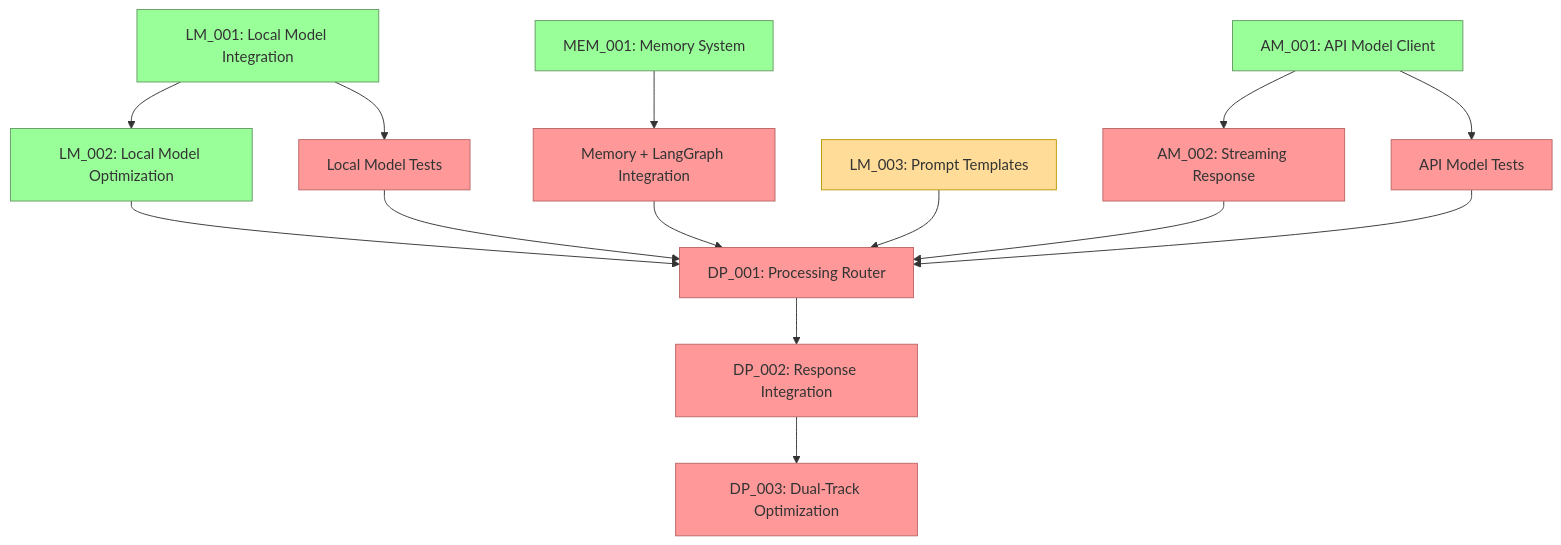
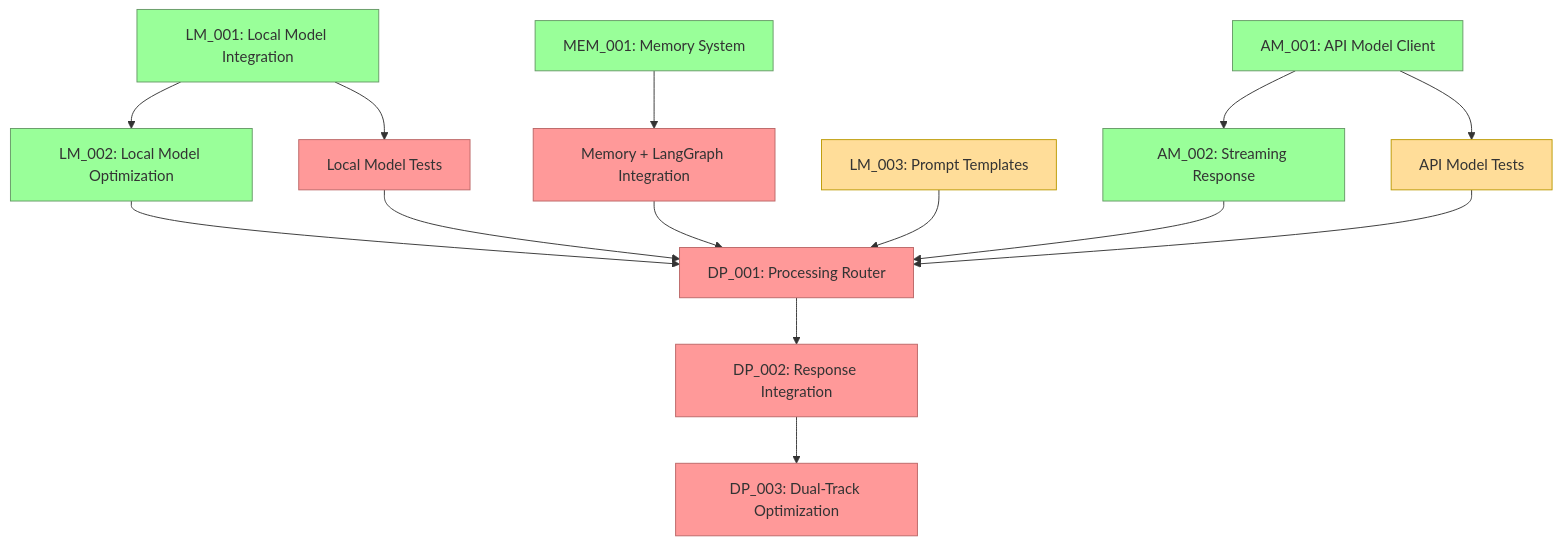
One commit to vigil-313/VANTA-ALPHA changed the diagram in SESSION_STATE.md. Above: the diagram before and after it, drawn with Mermaid. The commit also changed other lines of this file and 13 other files, not shown here.

````diff
--- a/SESSION_STATE.md
+++ b/SESSION_STATE.md
@@ -230,33 +252,33 @@
 ```mermaid
 graph TD
     %% Core Components with Status
     LM001[LM_001: Local Model Integration] --> LM002[LM_002: Local Model Optimization]
     LM002 --> DP001[DP_001: Processing Router]
     
     AM001[AM_001: API Model Client] --> AM002[AM_002: Streaming Response]
     AM002 --> DP001
     
     MEM001[MEM_001: Memory System] --> MEMLG[Memory + LangGraph Integration]
     MEMLG --> DP001
     
     LM003[LM_003: Prompt Templates] --> DP001
     
     %% Integration path
     DP001 --> DP002[DP_002: Response Integration]
     DP002 --> DP003[DP_003: Dual-Track Optimization]
     
     %% Testing
     LM001 --> LMTest[Local Model Tests]
     AM001 --> AMTest[API Model Tests]
     LMTest --> DP001
     AMTest --> DP001
     
     %% Status styling
     classDef completed fill:#9f9,stroke:#696,stroke-width:1px
     classDef inprogress fill:#fd9,stroke:#b90,stroke-width:1px
     classDef notstarted fill:#f99,stroke:#b66,stroke-width:1px
     
-    class LM001,AM001,MEM001,LM002 completed
-    class LM003 inprogress
-    class AM002,MEMLG,LMTest,AMTest,DP001,DP002,DP003 notstarted
+    class LM001,AM001,MEM001,LM002,AM002 completed
+    class LM003,AMTest inprogress
+    class MEMLG,LMTest,DP001,DP002,DP003 notstarted
 ```
````
